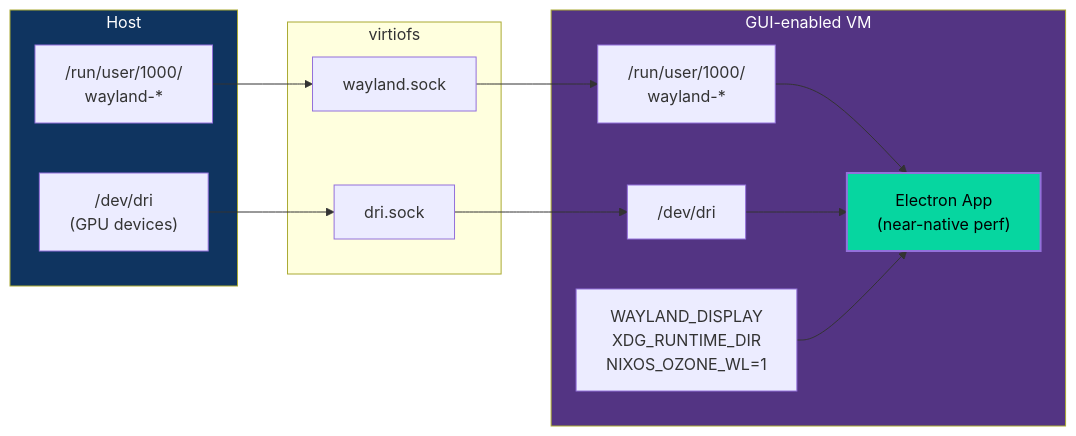
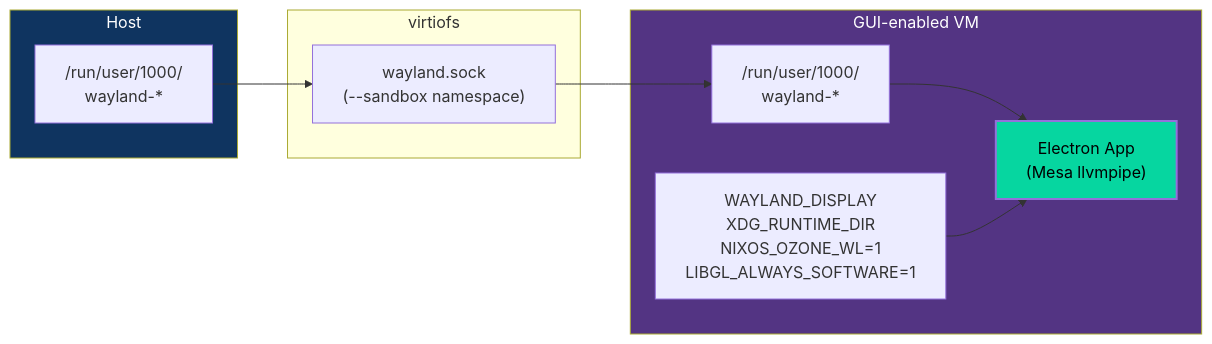
Before and after one commit to tenarches/nix-permafrost: the fifth of 6 diagrams in docs/architecture.md, drawn with Mermaid. The commit also changed other lines of this file and 4 other files, not shown here.

````diff
--- a/docs/architecture.md
+++ b/docs/architecture.md
@@ -165,30 +169,25 @@
 ```mermaid
 graph LR
     subgraph HOST["Host"]
         WL_SOCK["/run/user/1000/<br/>wayland-*"]
-        DRI["/dev/dri<br/>(GPU devices)"]
     end
 
     subgraph VFS["virtiofs"]
-        WL_VFS["wayland.sock"]
-        DRI_VFS["dri.sock"]
+        WL_VFS["wayland.sock<br/>(--sandbox namespace)"]
     end
 
     subgraph GUEST["GUI-enabled VM"]
         G_WL["/run/user/1000/<br/>wayland-*"]
-        G_DRI["/dev/dri"]
-        ENV["WAYLAND_DISPLAY<br/>XDG_RUNTIME_DIR<br/>NIXOS_OZONE_WL=1"]
-        ELECTRON["Electron App<br/>(near-native perf)"]
+        ENV["WAYLAND_DISPLAY<br/>XDG_RUNTIME_DIR<br/>NIXOS_OZONE_WL=1<br/>LIBGL_ALWAYS_SOFTWARE=1"]
+        ELECTRON["Electron App<br/>(Mesa llvmpipe)"]
 
         G_WL --> ELECTRON
-        G_DRI --> ELECTRON
         ENV --> ELECTRON
     end
 
     WL_SOCK --> WL_VFS --> G_WL
-    DRI --> DRI_VFS --> G_DRI
 
     style HOST fill:#0f3460,color:#fff
     style GUEST fill:#533483,color:#fff
     style ELECTRON fill:#06d6a0,color:#000,stroke-width:2px
 ```
````
